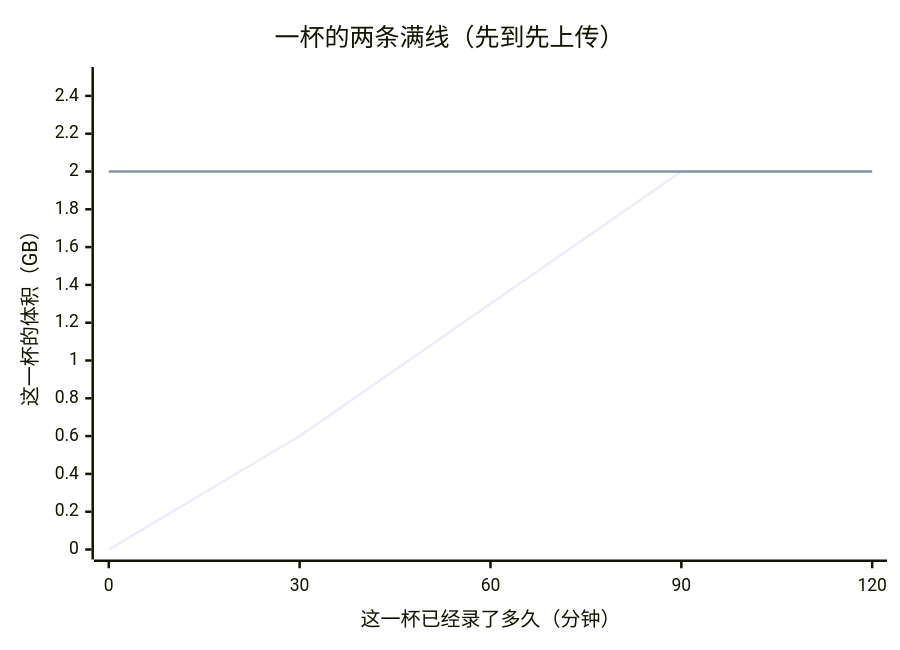
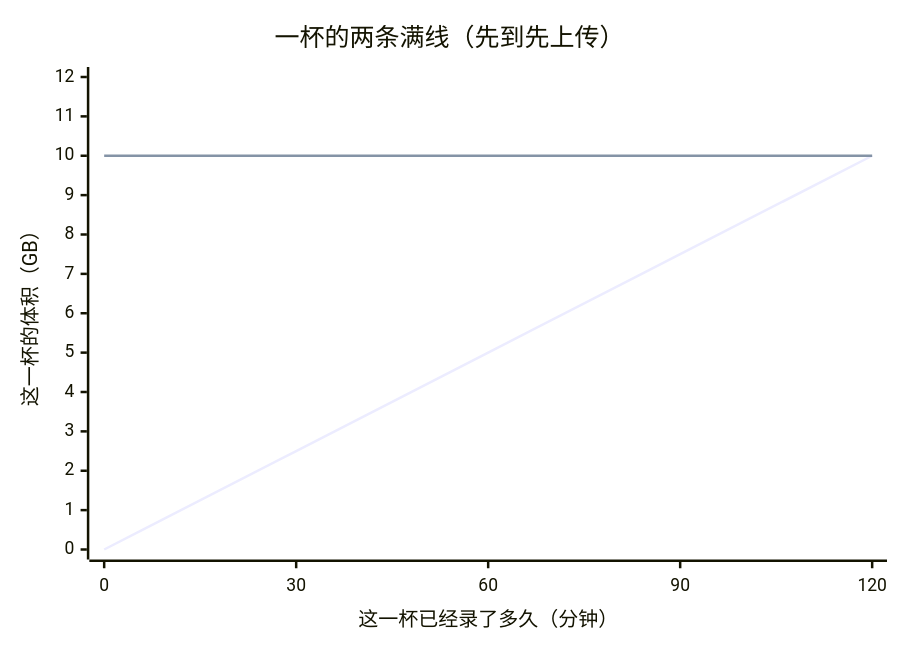
One commit to notfornothing/biliup changed the first of 2 diagrams in aboutRefactor/分P示意图.md. Above: the diagram before and after it, drawn with Mermaid. The commit also changed other lines of this file and 5 other files, not shown here.

````diff
--- a/aboutRefactor/分P示意图.md
+++ b/aboutRefactor/分P示意图.md
@@ -9,8 +9,8 @@
 ```mermaid
 xychart-beta
     title "一杯的两条满线（先到先上传）"
     x-axis "这一杯已经录了多久（分钟）" [0, 30, 60, 90, 120]
-    y-axis "这一杯的体积（GB）" 0 --> 2.5
-    line "体积涨上去" [0, 0.6, 1.3, 2.0, 2.0]
-    line "2GB 满线" [2, 2, 2, 2, 2]
+    y-axis "这一杯的体积（GB）" 0 --> 12
+    line "体积涨上去" [0, 2.5, 5, 7.5, 10]
+    line "10GB 满线" [10, 10, 10, 10, 10]
 ```
````
